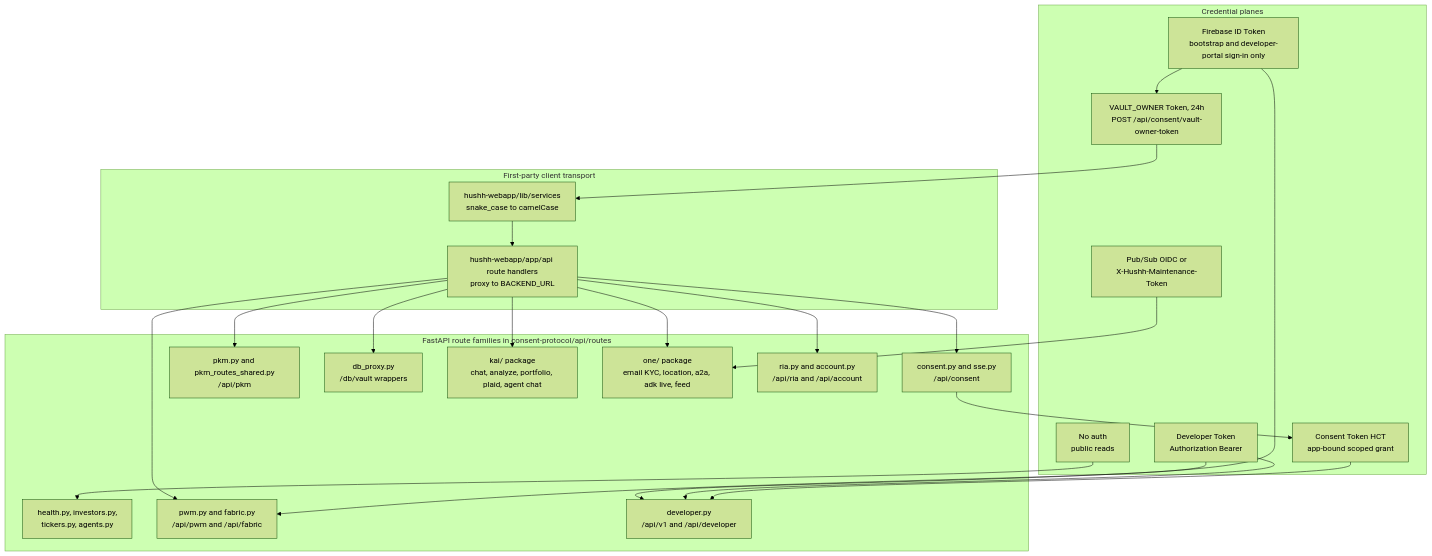
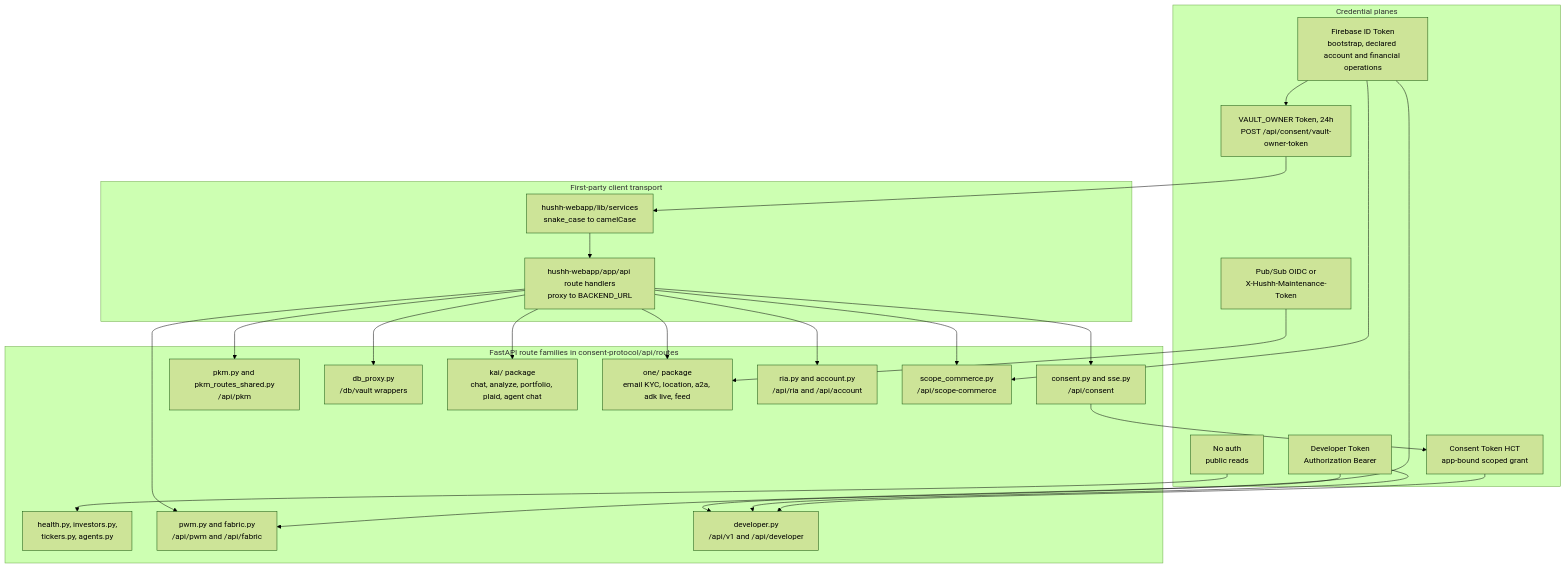
Before and after one commit to hushh-labs/hushh-research: the diagram in docs/reference/architecture/api-contracts.md, drawn with Mermaid (forest theme). The commit also changed other lines of this file and 360 other files, not shown here.

Commit message:
feat(consent): add consumer scope commerce and sandbox admission

````diff
--- a/docs/reference/architecture/api-contracts.md
+++ b/docs/reference/architecture/api-contracts.md
@@ -45,46 +47,49 @@
 ```mermaid
 flowchart TB
   subgraph creds["Credential planes"]
-    fb["Firebase ID Token<br/>bootstrap and developer-portal sign-in only"]
+    fb["Firebase ID Token<br/>bootstrap, declared account and financial operations"]
     vo["VAULT_OWNER Token, 24h<br/>POST /api/consent/vault-owner-token"]
     devtok["Developer Token<br/>Authorization Bearer"]
     hct["Consent Token HCT<br/>app-bound scoped grant"]
     maint["Pub/Sub OIDC or<br/>X-Hushh-Maintenance-Token"]
     anon["No auth<br/>public reads"]
   end
 
   subgraph client["First-party client transport"]
     svc["hushh-webapp/lib/services<br/>snake_case to camelCase"]
     proxy["hushh-webapp/app/api route handlers<br/>proxy to BACKEND_URL"]
   end
 
   subgraph api["FastAPI route families in consent-protocol/api/routes"]
     pub["health.py, investors.py,<br/>tickers.py, agents.py"]
     con["consent.py and sse.py<br/>/api/consent"]
     pkm["pkm.py and pkm_routes_shared.py<br/>/api/pkm"]
     vault["db_proxy.py<br/>/db/vault wrappers"]
     kai["kai/ package<br/>chat, analyze, portfolio, plaid, agent chat"]
     one["one/ package<br/>email KYC, location, a2a, adk live, feed"]
     fabric["pwm.py and fabric.py<br/>/api/pwm and /api/fabric"]
     ria["ria.py and account.py<br/>/api/ria and /api/account"]
     dev["developer.py<br/>/api/v1 and /api/developer"]
+    commerce["scope_commerce.py<br/>/api/scope-commerce"]
   end
 
   fb --> vo
   fb --> dev
+  fb --> commerce
   anon --> pub
   vo --> svc
   svc --> proxy
   proxy --> con
   proxy --> pkm
   proxy --> vault
   proxy --> kai
   proxy --> one
   proxy --> fabric
   proxy --> ria
+  proxy --> commerce
   devtok --> dev
   devtok --> fabric
   con --> hct
   hct --> dev
   maint --> one
 ```
````
